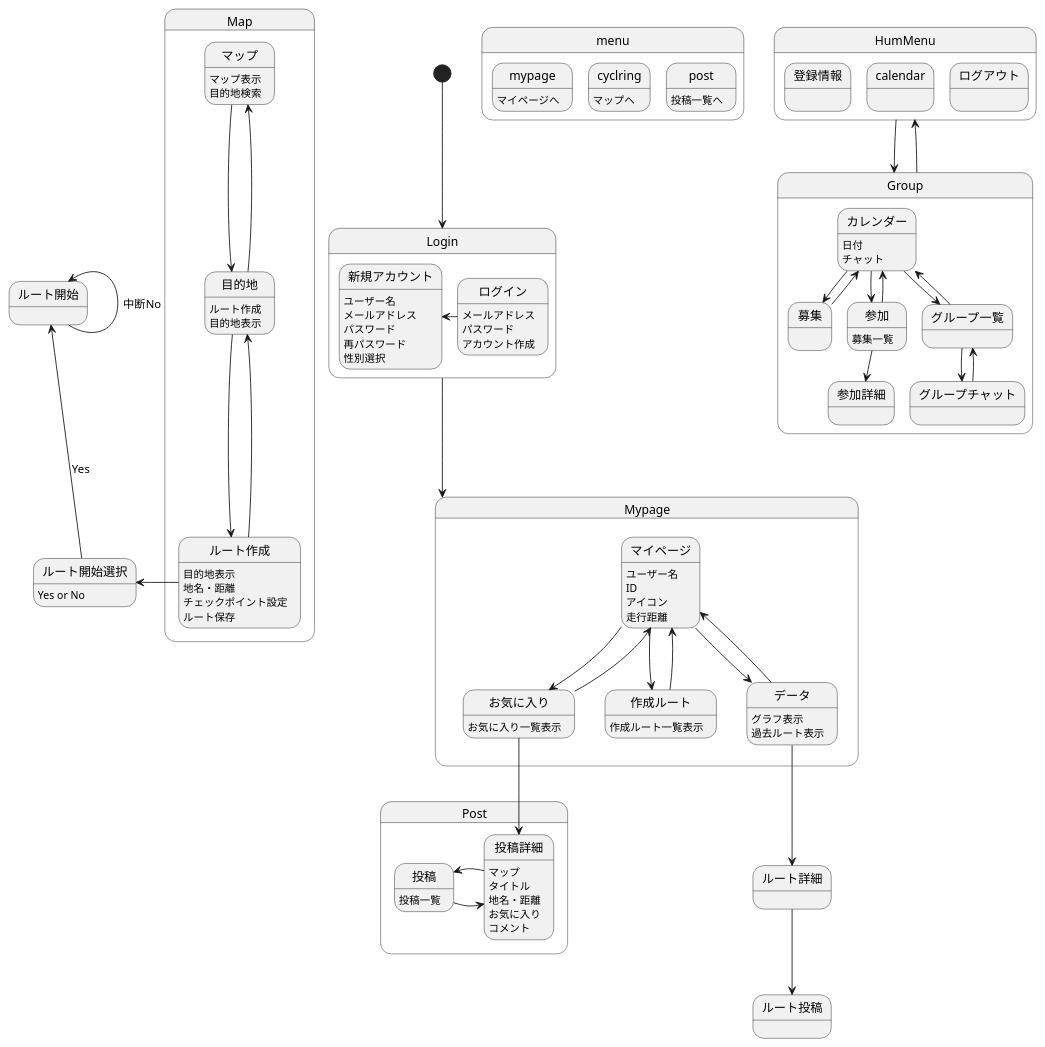
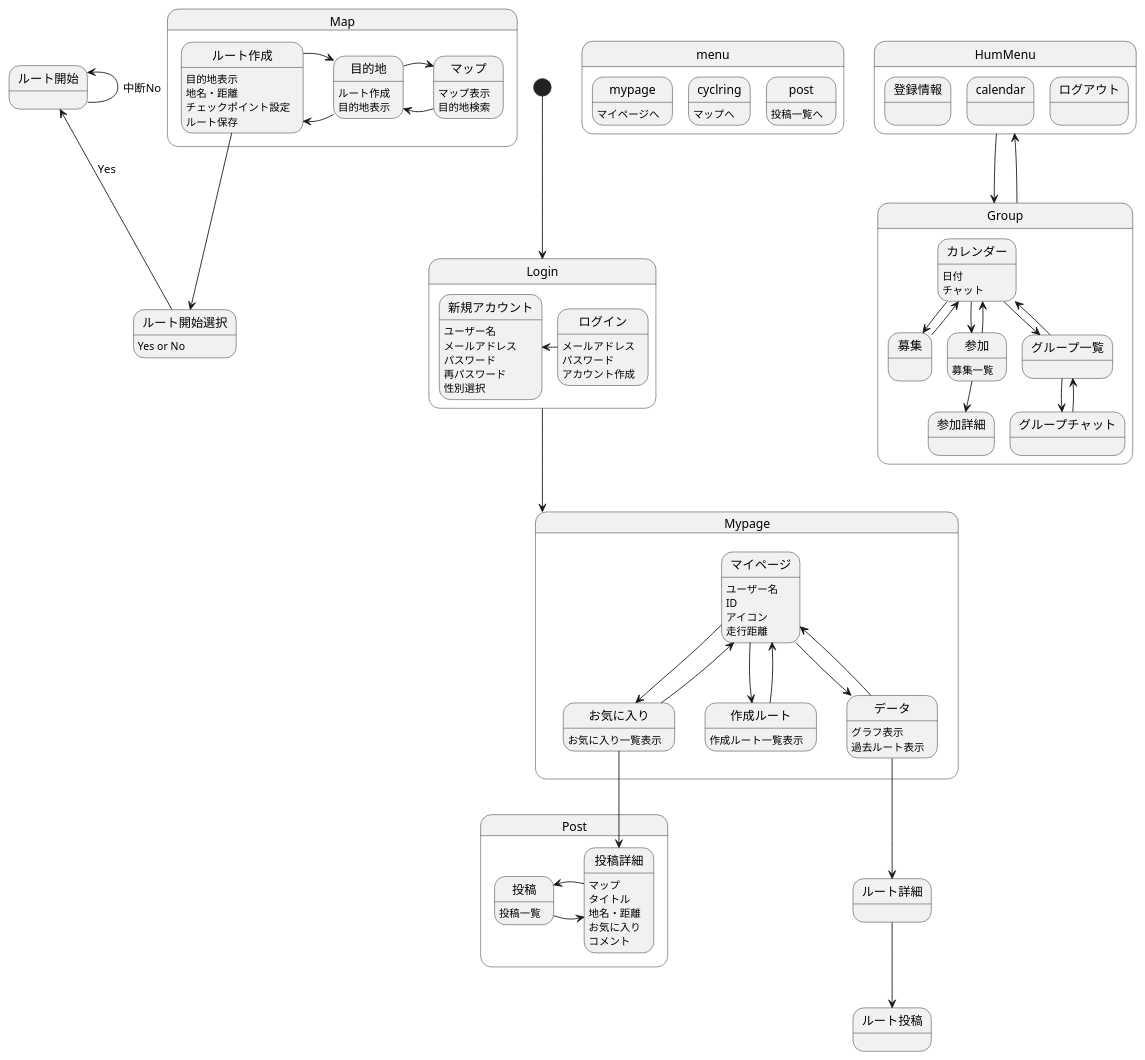
Before and after one commit to AsoSD3A3/CyclingSystem: the diagram in 画面遷移図/gm.md, drawn with PlantUML.

```diff
--- a/画面遷移図/gm.md
+++ b/画面遷移図/gm.md
@@ -71,18 +71,18 @@
 state Map{
 マップ:マップ表示
 マップ:目的地検索
-マップ-down->目的地
-目的地-up->マップ
+マップ-left->目的地
+目的地-right->マップ
 目的地:ルート作成
 目的地:目的地表示
-目的地-down->ルート作成
-ルート作成-up->目的地
+目的地-left->ルート作成
+ルート作成-right->目的地
 ルート作成:目的地表示
 ルート作成:地名・距離
 ルート作成:チェックポイント設定
 ルート作成:ルート保存
 }
-ルート作成-right->ルート開始選択
+ルート作成-down->ルート開始選択
 ルート開始選択:Yes or No
 ルート開始選択-up->ルート開始 :Yes
 
```
